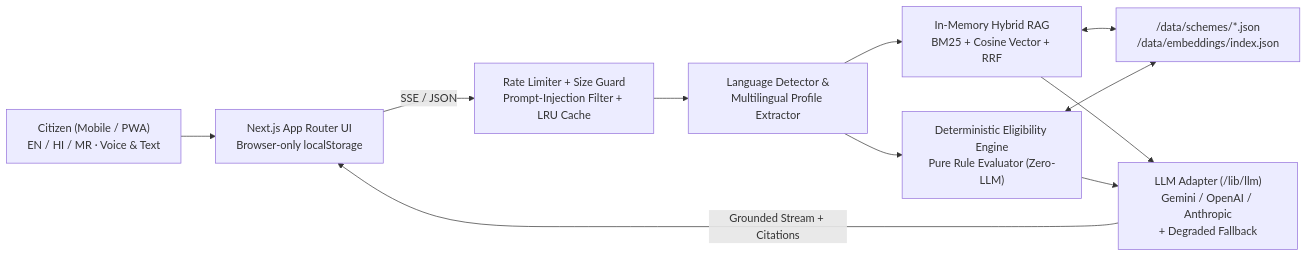
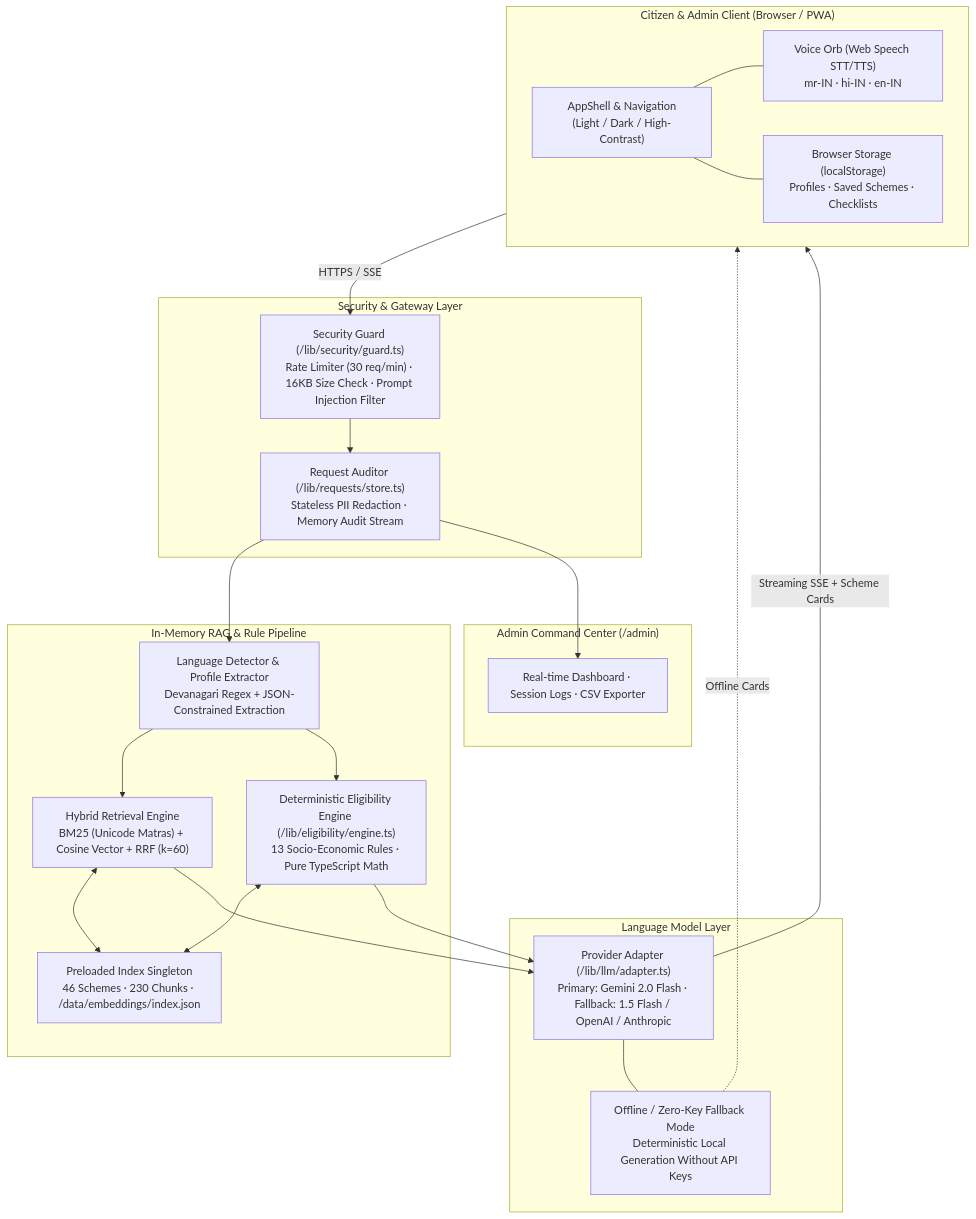
One commit to developerskull/YojanaMitra changed the second of 2 diagrams in README.md. Above: the diagram before and after it, drawn with Mermaid. The commit also changed other lines of this file, not shown here.

````diff
--- a/README.md
+++ b/README.md
@@ -48,13 +108,45 @@
 ```mermaid
-flowchart LR
-    User["Citizen (Mobile / PWA)<br/>EN / HI / MR · Voice & Text"] --> UI["Next.js App Router UI<br/>Browser-only localStorage"]
-    UI -->|SSE / JSON| Guard["Rate Limiter + Size Guard<br/>Prompt-Injection Filter + LRU Cache"]
-    Guard --> Lang["Language Detector &<br/>Multilingual Profile Extractor"]
-    Lang --> RAG["In-Memory Hybrid RAG<br/>BM25 + Cosine Vector + RRF"]
-    Lang --> Elig["Deterministic Eligibility Engine<br/>Pure Rule Evaluator (Zero-LLM)"]
-    RAG <--> Files["/data/schemes/*.json<br/>/data/embeddings/index.json"]
-    Elig <--> Files
-    RAG --> LLM["LLM Adapter (/lib/llm)<br/>Gemini / OpenAI / Anthropic<br/>+ Degraded Fallback"]
-    Elig --> LLM
-    LLM -->|Grounded Stream + Citations| UI
+flowchart TB
+    subgraph Client["Citizen & Admin Client (Browser / PWA)"]
+        UI["AppShell & Navigation<br/>(Light / Dark / High-Contrast)"]
+        VoiceOrb["Voice Orb (Web Speech STT/TTS)<br/>mr-IN · hi-IN · en-IN"]
+        LocalStore["Browser Storage (localStorage)<br/>Profiles · Saved Schemes · Checklists"]
+        UI --- VoiceOrb
+        UI --- LocalStore
+    end
+
+    subgraph Edge["Security & Gateway Layer"]
+        Guard["Security Guard (/lib/security/guard.ts)<br/>Rate Limiter (30 req/min) · 16KB Size Check · Prompt Injection Filter"]
+        Audit["Request Auditor (/lib/requests/store.ts)<br/>Stateless PII Redaction · Memory Audit Stream"]
+    end
+
+    subgraph Pipeline["In-Memory RAG & Rule Pipeline"]
+        LangDetect["Language Detector & Profile Extractor<br/>Devanagari Regex + JSON-Constrained Extraction"]
+        HybridSearch["Hybrid Retrieval Engine<br/>BM25 (Unicode Matras) + Cosine Vector + RRF (k=60)"]
+        RuleEngine["Deterministic Eligibility Engine (/lib/eligibility/engine.ts)<br/>13 Socio-Economic Rules · Pure TypeScript Math"]
+        IndexMemory["Preloaded Index Singleton<br/>46 Schemes · 230 Chunks · /data/embeddings/index.json"]
+        HybridSearch <--> IndexMemory
+        RuleEngine <--> IndexMemory
+    end
+
+    subgraph LLM["Language Model Layer"]
+        Adapter["Provider Adapter (/lib/llm/adapter.ts)<br/>Primary: Gemini 2.0 Flash · Fallback: 1.5 Flash / OpenAI / Anthropic"]
+        Degraded["Offline / Zero-Key Fallback Mode<br/>Deterministic Local Generation Without API Keys"]
+        Adapter --- Degraded
+    end
+
+    subgraph AdminHub["Admin Command Center (/admin)"]
+        AdminUI["Real-time Dashboard · Session Logs · CSV Exporter"]
+    end
+
+    Client -->|HTTPS / SSE| Guard
+    Guard --> Audit
+    Audit --> LangDetect
+    LangDetect --> HybridSearch
+    LangDetect --> RuleEngine
+    HybridSearch --> Adapter
+    RuleEngine --> Adapter
+    Adapter -->|Streaming SSE + Scheme Cards| Client
+    Degraded -.->|Offline Cards| Client
+    Audit --> AdminUI
 ```
````
